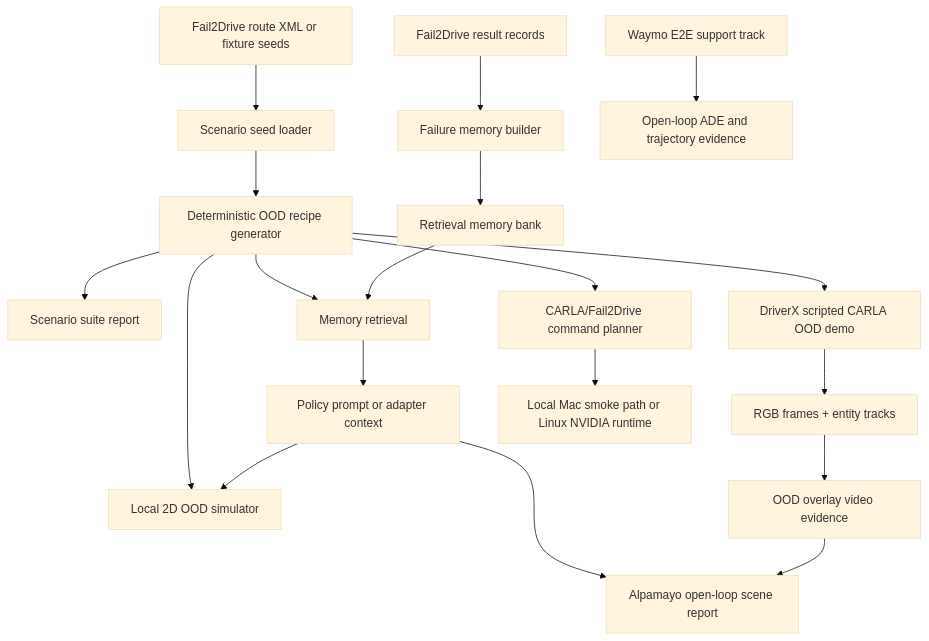
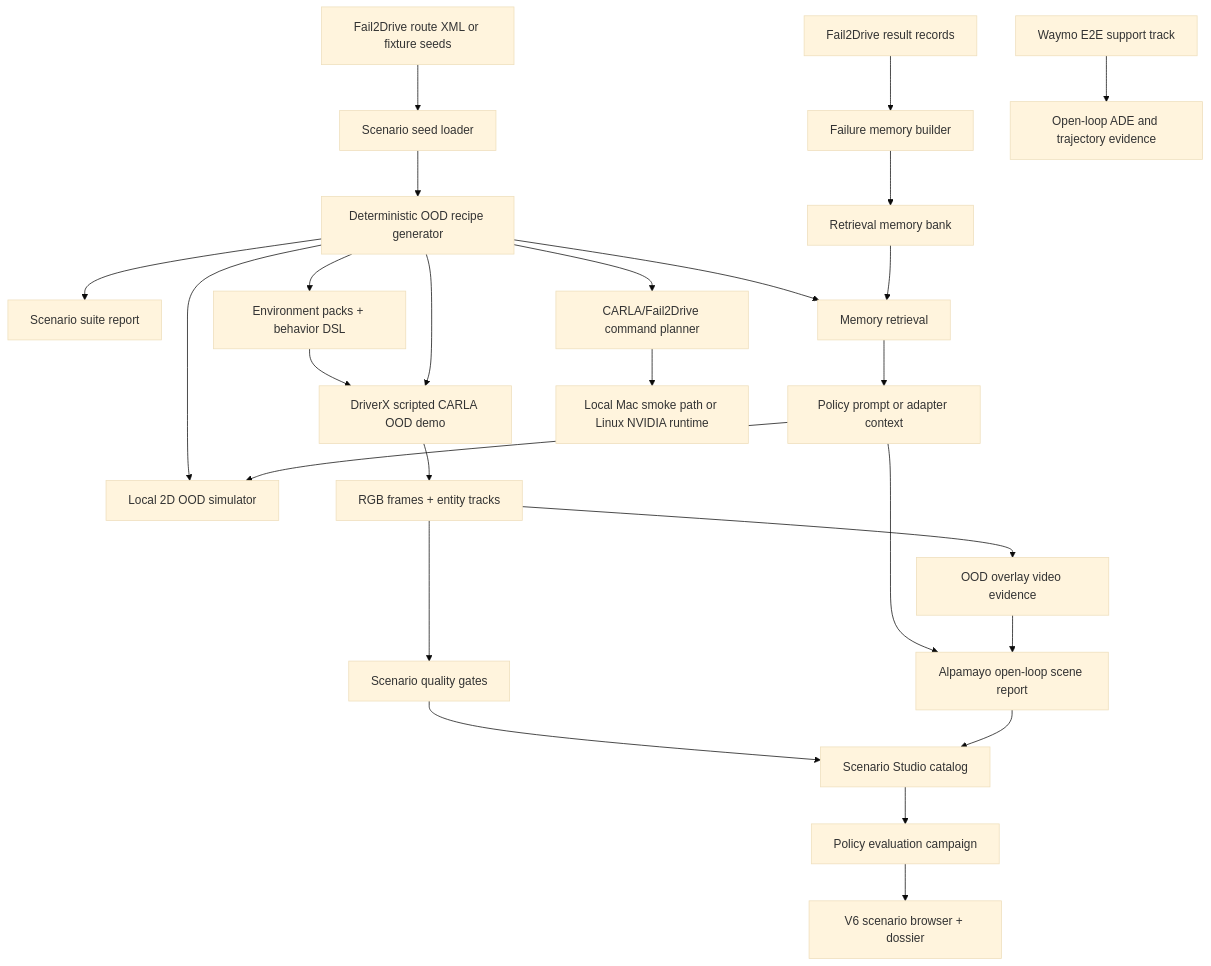
The diagram in ARCHITECTURE.md (ZanarkandTechnologies/0xDriver), drawn with Mermaid (base theme) before and after one commit. The commit also changed other lines of this file and 125 other files, not shown here.

Commit message:
feat(simulator): add quality-gated scenario forge

````diff
--- a/ARCHITECTURE.md
+++ b/ARCHITECTURE.md
@@ -16,21 +16,28 @@
 ```mermaid
 flowchart TD
     A["Fail2Drive route XML or fixture seeds"] --> B["Scenario seed loader"]
     B --> C["Deterministic OOD recipe generator"]
     C --> D["Scenario suite report"]
+    C --> S["Environment packs + behavior DSL"]
+    S --> O
     C --> N["Local 2D OOD simulator"]
     C --> O["DriverX scripted CARLA OOD demo"]
     O --> P["RGB frames + entity tracks"]
     P --> Q["OOD overlay video evidence"]
+    P --> T["Scenario quality gates"]
+    T --> U["Scenario Studio catalog"]
     E["Fail2Drive result records"] --> F["Failure memory builder"]
     F --> G["Retrieval memory bank"]
     C --> H["Memory retrieval"]
     G --> H
     H --> I["Policy prompt or adapter context"]
     I --> N
     I --> R["Alpamayo open-loop scene report"]
     Q --> R
+    R --> U
+    U --> V["Policy evaluation campaign"]
+    V --> W["V6 scenario browser + dossier"]
     C --> J["CARLA/Fail2Drive command planner"]
     J --> K["Local Mac smoke path or Linux NVIDIA runtime"]
     L["Waymo E2E support track"] --> M["Open-loop ADE and trajectory evidence"]
 ```
````
